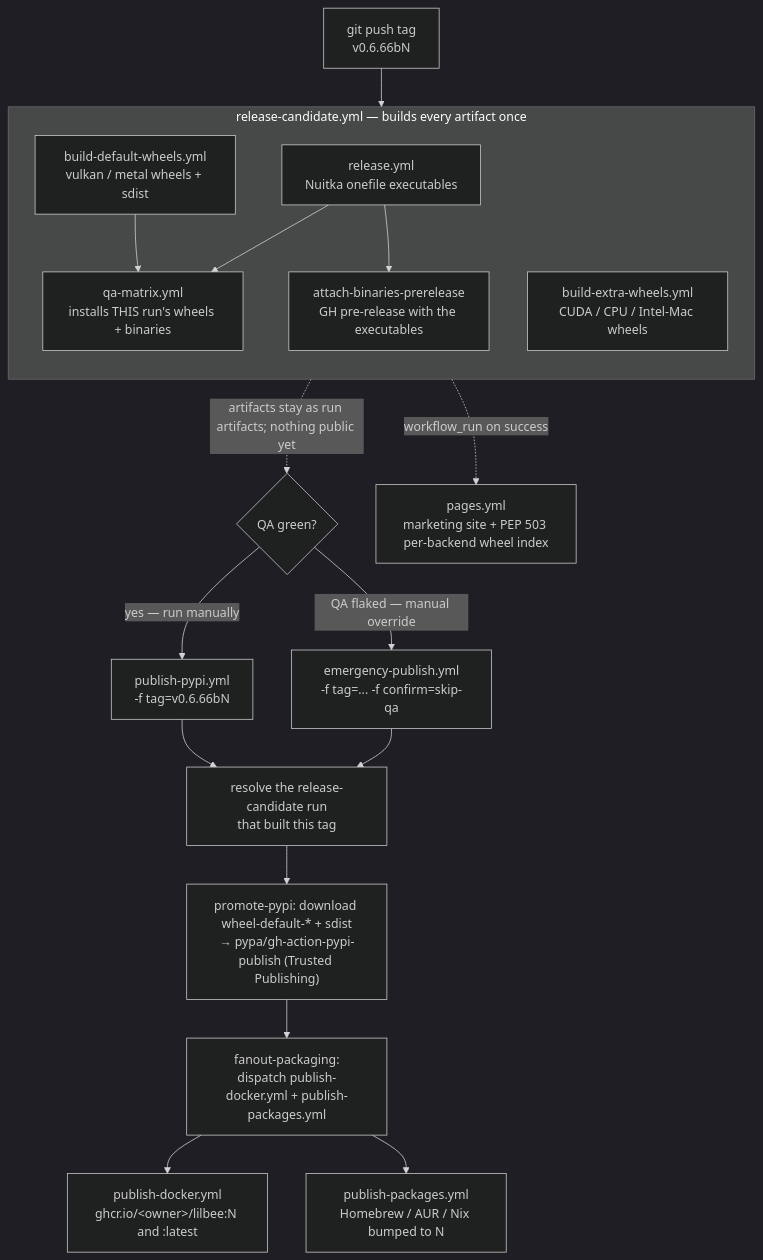
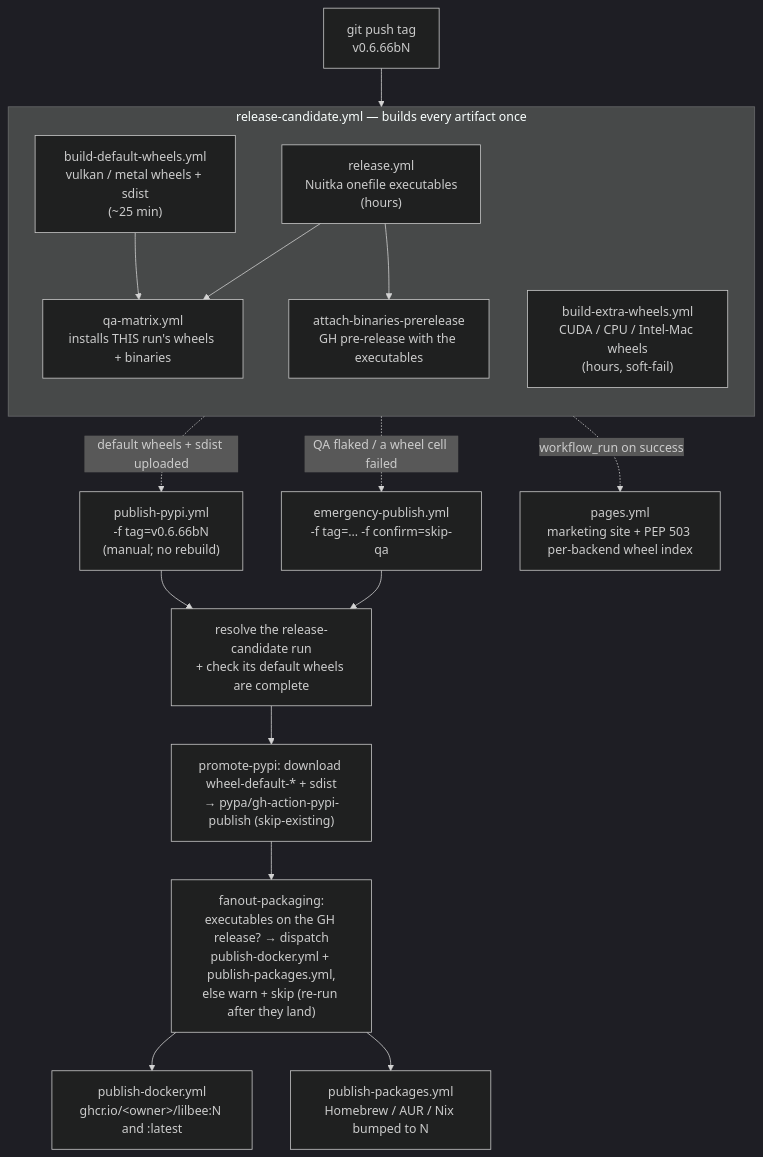
Before and after one commit to tobocop2/lilbee: the sixth of 6 diagrams in docs/architecture.md, drawn with Mermaid (dark theme). The commit also changed other lines of this file, not shown here.

Commit message:
docs: reflect publish-pypi early-publish + fan-out self-skip in the release section

````diff
--- a/docs/architecture.md
+++ b/docs/architecture.md
@@ -577,30 +577,28 @@
 ```mermaid
 flowchart TD
     TAG["git push tag<br/>v0.6.66bN"] --> RC
 
     subgraph RC["release-candidate.yml — builds every artifact once"]
         direction TB
-        DW["build-default-wheels.yml<br/>vulkan / metal wheels + sdist"]
-        EW["build-extra-wheels.yml<br/>CUDA / CPU / Intel-Mac wheels"]
-        BIN["release.yml<br/>Nuitka onefile executables"]
+        DW["build-default-wheels.yml<br/>vulkan / metal wheels + sdist<br/>(~25 min)"]
+        EW["build-extra-wheels.yml<br/>CUDA / CPU / Intel-Mac wheels<br/>(hours, soft-fail)"]
+        BIN["release.yml<br/>Nuitka onefile executables<br/>(hours)"]
         PRE["attach-binaries-prerelease<br/>GH pre-release with the executables"]
         QA["qa-matrix.yml<br/>installs THIS run's wheels + binaries"]
         DW --> QA
         BIN --> QA
         BIN --> PRE
     end
 
-    RC -. "artifacts stay as run artifacts; nothing public yet" .-> GATE{"QA green?"}
+    DW -. "default wheels + sdist uploaded" .-> PUB["publish-pypi.yml<br/>-f tag=v0.6.66bN<br/>(manual; no rebuild)"]
+    RC -. "QA flaked / a wheel cell failed" .-> EMG["emergency-publish.yml<br/>-f tag=... -f confirm=skip-qa"]
 
-    GATE -->|"yes — run manually"| PUB["publish-pypi.yml<br/>-f tag=v0.6.66bN"]
-    GATE -->|"QA flaked — manual override"| EMG["emergency-publish.yml<br/>-f tag=... -f confirm=skip-qa"]
-
-    PUB --> RESOLVE["resolve the release-candidate run<br/>that built this tag"]
+    PUB --> RESOLVE["resolve the release-candidate run<br/>+ check its default wheels are complete"]
     EMG --> RESOLVE
-    RESOLVE --> PROMOTE["promote-pypi: download wheel-default-* + sdist<br/>→ pypa/gh-action-pypi-publish (Trusted Publishing)"]
-    PROMOTE --> FANOUT["fanout-packaging:<br/>dispatch publish-docker.yml + publish-packages.yml"]
+    RESOLVE --> PROMOTE["promote-pypi: download wheel-default-* + sdist<br/>→ pypa/gh-action-pypi-publish (skip-existing)"]
+    PROMOTE --> FANOUT["fanout-packaging:<br/>executables on the GH release? → dispatch<br/>publish-docker.yml + publish-packages.yml,<br/>else warn + skip (re-run after they land)"]
     FANOUT --> DOCKER["publish-docker.yml<br/>ghcr.io/&lt;owner&gt;/lilbee:N and :latest"]
     FANOUT --> PKG["publish-packages.yml<br/>Homebrew / AUR / Nix bumped to N"]
 
     RC -. "workflow_run on success" .-> PAGES["pages.yml<br/>marketing site + PEP 503 per-backend wheel index"]
 ```
````
